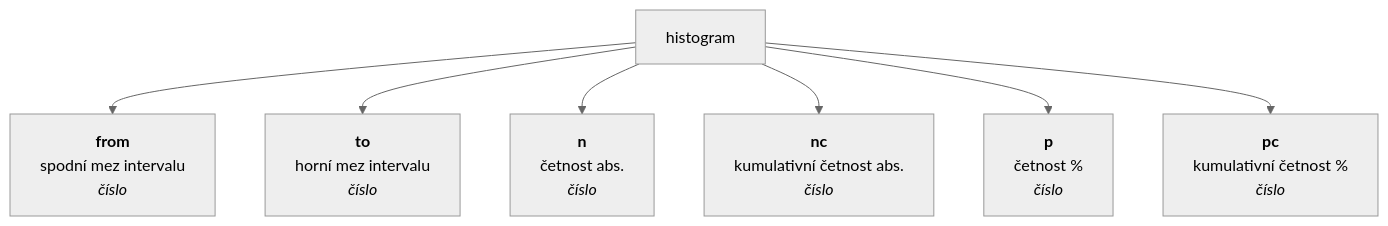
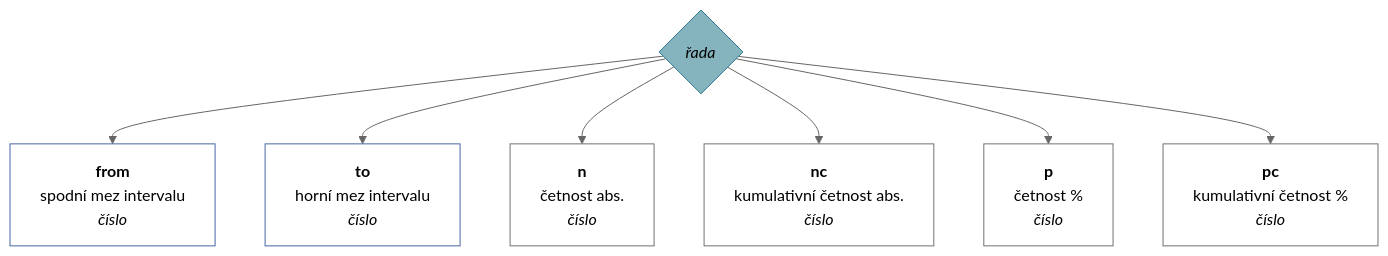
Diagram 14 of 23 in docs/cs-CZ/vector.md (muzikp/retusa), drawn with Mermaid (neutral theme) before and after one commit. The commit also changed other lines of this file and 17 other files, not shown here.

````diff
--- a/docs/cs-CZ/vector.md
+++ b/docs/cs-CZ/vector.md
@@ -404,10 +443,25 @@
 ```mermaid
 graph TD
+histogram{<i>řada</i>}
+style histogram fill:#85B3BE;
+style histogram stroke:#2E7C8F;
 histogram --> from[<b>from</b><br>spodní mez intervalu <br><i>číslo</i>]
+style from fill:#FFFFFF;
+style from stroke:#4967A4;
 histogram --> to[<b>to</b><br>horní mez intervalu <br><i>číslo</i>]
+style to fill:#FFFFFF;
+style to stroke:#4967A4;
 histogram --> n[<b>n</b><br>četnost abs. <br><i>číslo</i>]
+style n fill:#FFFFFF;
+style n stroke:#75716F;
 histogram --> nc[<b>nc</b><br>kumulativní četnost abs. <br><i>číslo</i>]
+style nc fill:#FFFFFF;
+style nc stroke:#75716F;
 histogram --> p[<b>p</b><br>četnost % <br><i>číslo</i>]
+style p fill:#FFFFFF;
+style p stroke:#75716F;
 histogram --> pc[<b>pc</b><br>kumulativní četnost % <br><i>číslo</i>]
+style pc fill:#FFFFFF;
+style pc stroke:#75716F;
 
 ```
````
